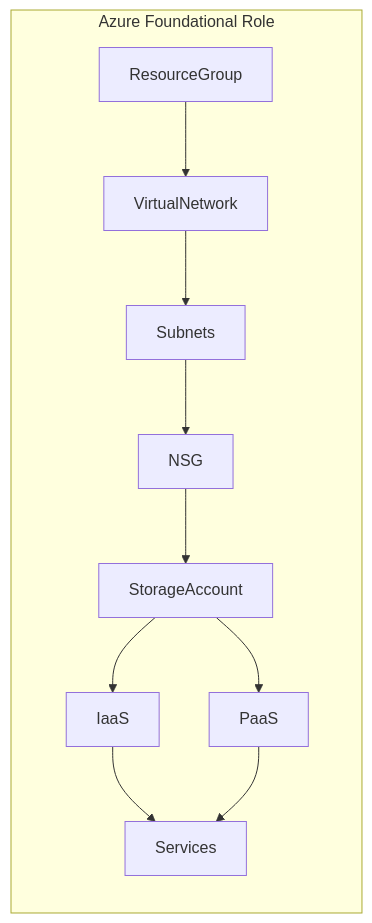
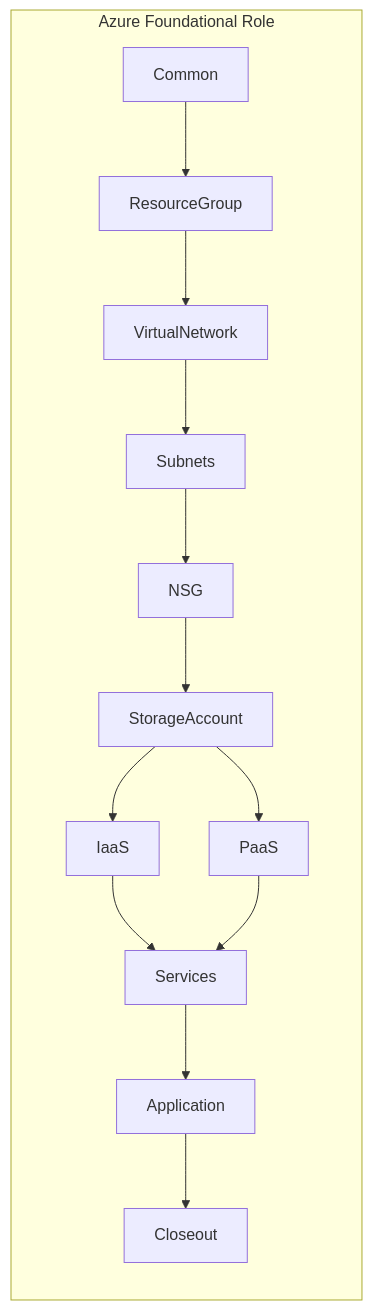
The diagram in azure-BlueShift/README.md (slagathor34/awx-lab), drawn with Mermaid before and after one commit. The commit also changed 3 other files, not shown here.

````diff
--- a/azure-BlueShift/README.md
+++ b/azure-BlueShift/README.md
@@ -5,13 +5,16 @@
 ```mermaid
 graph LR
   subgraph "Azure Foundational Role"
+  Node0[Common] --> Node1[ResourceGroup];
   Node1[ResourceGroup] --> Node2[VirtualNetwork];
   Node2[VirtualNetwork] --> Node3[Subnets];
   Node3[Subnets] --> Node4[NSG];
   Node4[NSG] --> Node5[StorageAccount];
   Node5[StorageAccount] --> Node6[IaaS];
   Node5[StorageAccount] --> Node7[PaaS];
   Node6[IaaS] --> Node8[Services];
   Node7[PaaS] --> Node8[Services];
+  Node8[Services] --> Node9[Application];
+  Node9[Application] --> Node10[Closeout];
 end
 ```
````
